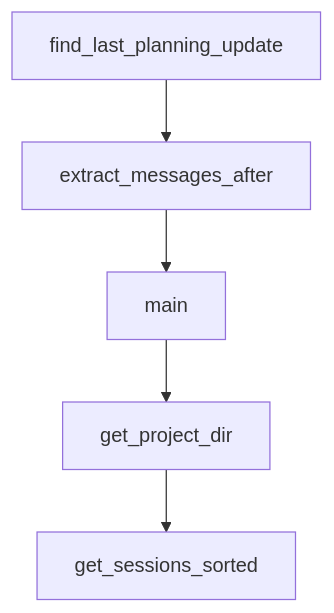
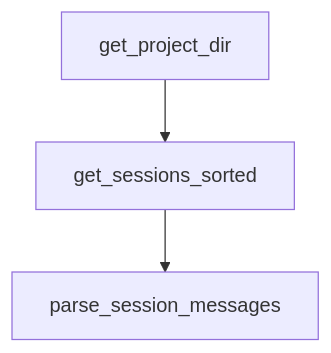
One commit to johnxie/awesome-code-docs changed the diagram in tutorials/planning-with-files-tutorial/05-templates-scripts-and-session-recovery.md. Above: the diagram before and after it, drawn with Mermaid. The commit also changed other lines of this file and 1232 other files, not shown here.

````diff
--- a/tutorials/planning-with-files-tutorial/05-templates-scripts-and-session-recovery.md
+++ b/tutorials/planning-with-files-tutorial/05-templates-scripts-and-session-recovery.md
@@ -216,12 +173,8 @@
 ```mermaid
 flowchart TD
-    A[find_last_planning_update]
-    B[extract_messages_after]
-    C[main]
-    D[get_project_dir]
-    E[get_sessions_sorted]
+    A[get_project_dir]
+    B[get_sessions_sorted]
+    C[parse_session_messages]
     A --> B
     B --> C
-    C --> D
-    D --> E
 ```
````
